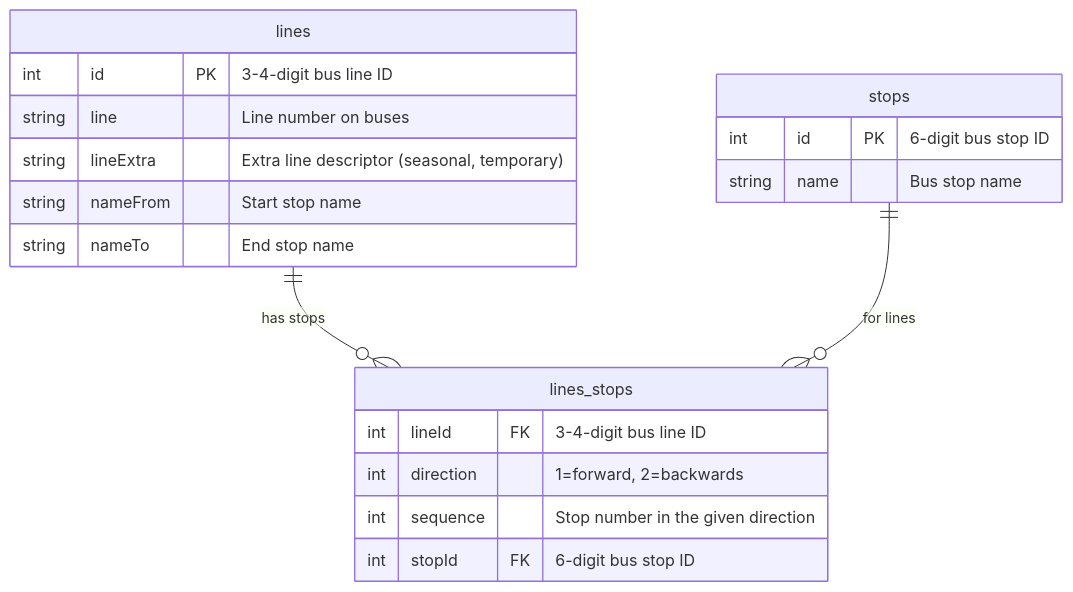
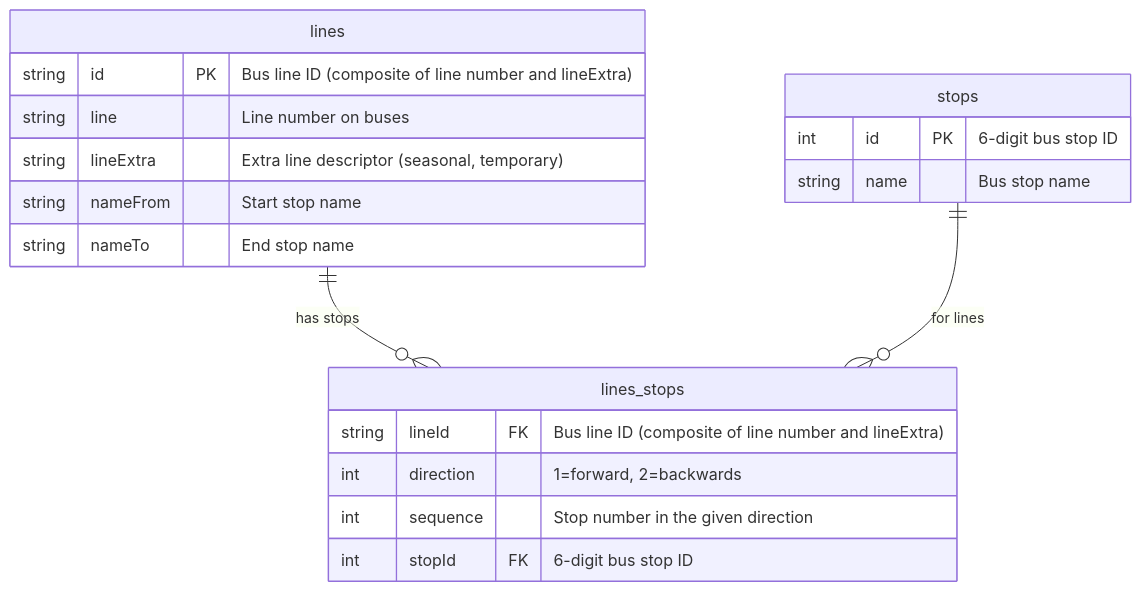
Before and after one commit to openstreetmap-si/bus-routes-osm-lpp: the diagram in README.md, drawn with Mermaid. The commit also changed 1 other file, not shown here.

Commit message:
Adjusted for composte line IDs

````diff
--- a/README.md
+++ b/README.md
@@ -13,22 +13,22 @@
 ```mermaid
 erDiagram
           lines ||--o{ lines_stops : "has stops"
           lines {
-              int id PK "3-4-digit bus line ID"
+              string id PK "Bus line ID (composite of line number and lineExtra)"
               string line "Line number on buses"
               string lineExtra "Extra line descriptor (seasonal, temporary)"
               string nameFrom "Start stop name"
               string nameTo "End stop name"
           }
           stops ||--o{ lines_stops : "for lines"
           stops {
               int id PK "6-digit bus stop ID"
               string name "Bus stop name"
           }
           lines_stops {
-              int lineId FK "3-4-digit bus line ID"
+              string lineId FK "Bus line ID (composite of line number and lineExtra)"
               int direction "1=forward, 2=backwards"
               int sequence "Stop number in the given direction"
               int stopId FK "6-digit bus stop ID"
           }
 ```
````
